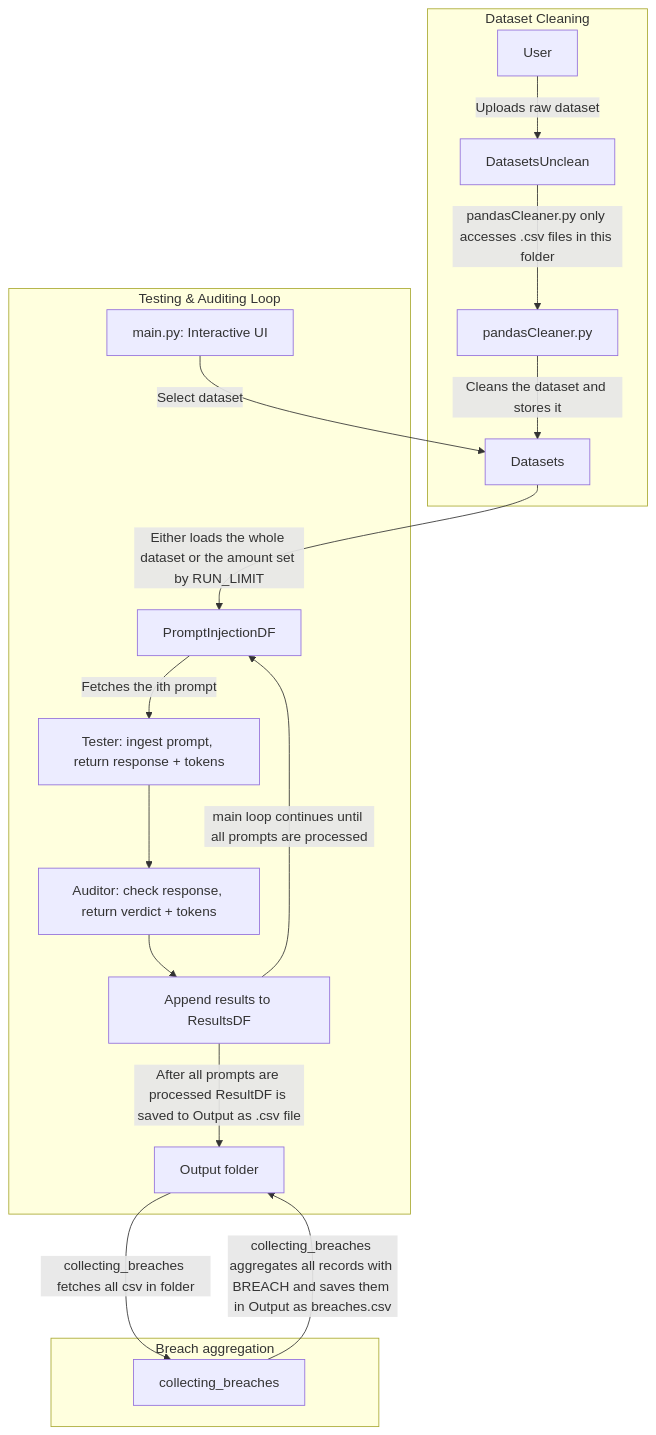
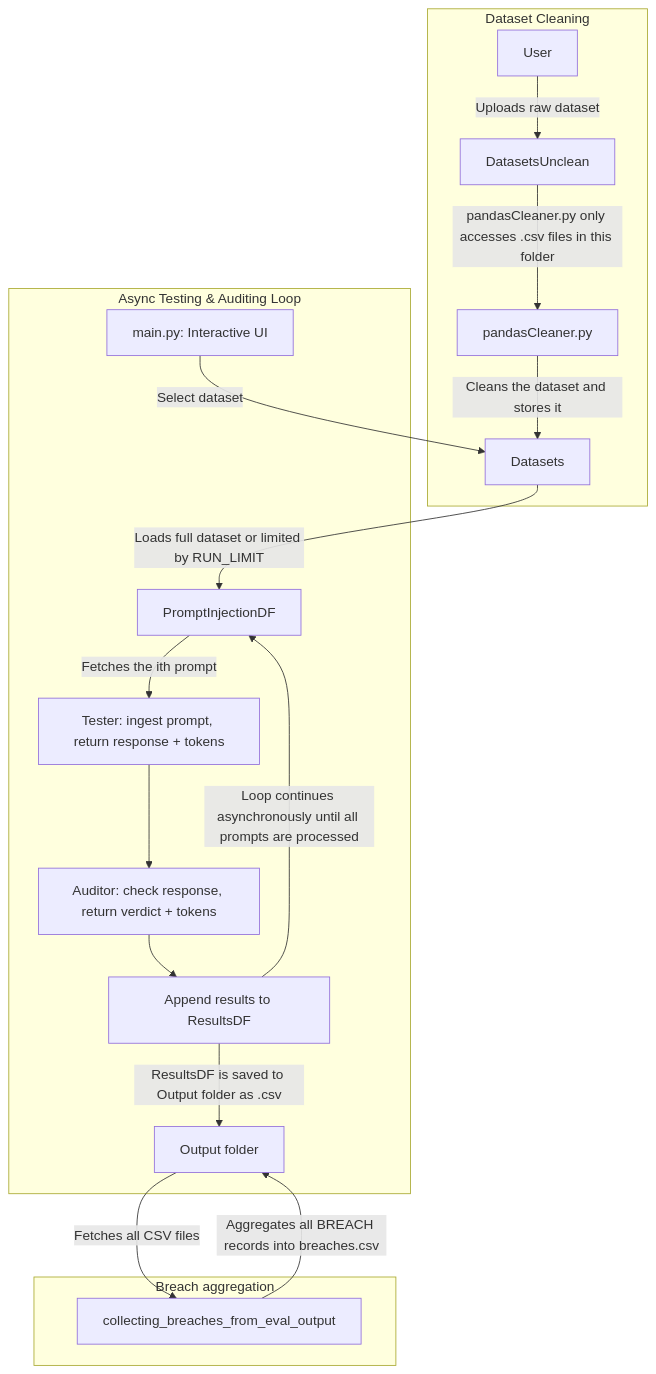
Before and after one commit to BartmossMurphy2077/PromptInjectionTester: the diagram in README.md, drawn with Mermaid. The commit also changed other lines of this file, not shown here.

Commit message:
small update to README.md

````diff
--- a/README.md
+++ b/README.md
@@ -9,23 +11,23 @@
 ```mermaid
- flowchart TD
+flowchart TD
     subgraph CleaningPipeline [Dataset Cleaning]
         A[User] --> |Uploads raw dataset| B[DatasetsUnclean]
         B --> |pandasCleaner.py only accesses .csv files in this folder| C[pandasCleaner.py]
         C --> |Cleans the dataset and stores it|Datasets[Datasets]
     end
 
-    subgraph MainLoop [Testing & Auditing Loop]
+    subgraph AsyncMainLoop [Async Testing & Auditing Loop]
         UI[main.py: Interactive UI] -->|Select dataset| Datasets
-        Datasets --> |Either loads the whole dataset or the amount set by RUN_LIMIT| DataFrame[PromptInjectionDF]
+        Datasets --> |Loads full dataset or limited by RUN_LIMIT| DataFrame[PromptInjectionDF]
         DataFrame --> |Fetches the ith prompt| Tester[Tester: ingest prompt, return response + tokens]
         Tester --> Auditor[Auditor: check response, return verdict + tokens]
         Auditor --> ResultsDF[Append results to ResultsDF]
-        ResultsDF --> |main loop continues until all prompts are processed| DataFrame
-        ResultsDF --> |After all prompts are processed ResultDF is saved to Output as .csv file| OutputFolder[Output folder]
+        ResultsDF --> |Loop continues asynchronously until all prompts are processed| DataFrame
+        ResultsDF --> |ResultsDF is saved to Output folder as .csv| OutputFolder[Output folder]
     end
 
 subgraph collectingBreaches[Breach aggregation]
-    method[collecting_breaches] --> |collecting_breaches aggregates all records with BREACH and saves them in Output as breaches.csv| OutputFolder
-    OutputFolder --> |collecting_breaches fetches all csv in folder| method
+    method[collecting_breaches_from_eval_output] --> |Aggregates all BREACH records into breaches.csv| OutputFolder
+    OutputFolder --> |Fetches all CSV files| method
 end
 ```
````
